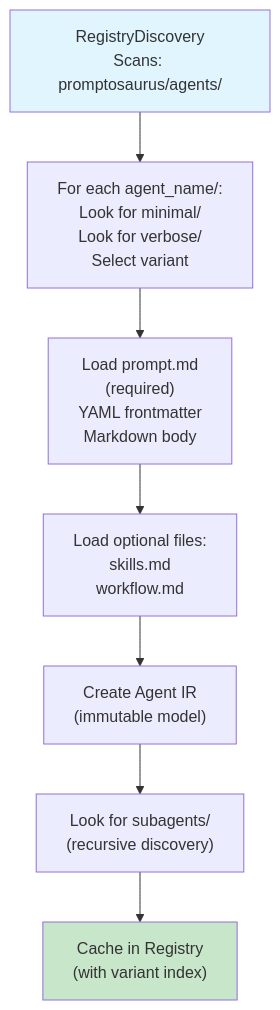
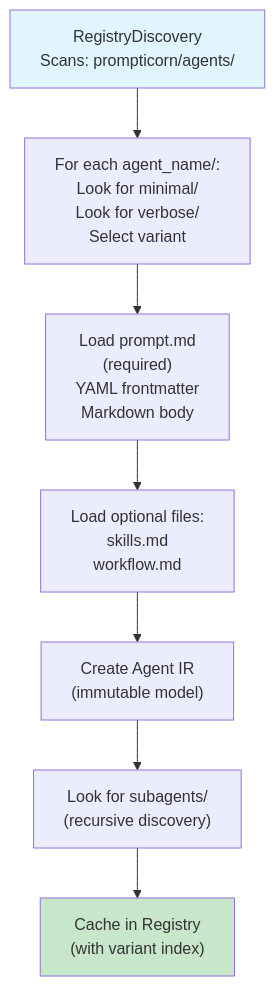
One commit to snoodleboot-io/prompticorn changed the ninth of 11 diagrams in docs/DIAGRAMS_GUIDE.md. Above: the diagram before and after it, drawn with Mermaid. The commit also changed other lines of this file and 1334 other files, not shown here.

First line of the commit message:
feat: lowercase prompticorn brand name and add accessible colours (#54)

````diff
--- a/docs/DIAGRAMS_GUIDE.md
+++ b/docs/DIAGRAMS_GUIDE.md
@@ -182,12 +182,12 @@
 ```mermaid
 flowchart TD
-    A["RegistryDiscovery<br/>Scans: promptosaurus/agents/"] --> B["For each agent_name/:<br/>Look for minimal/<br/>Look for verbose/<br/>Select variant"]
+    A["RegistryDiscovery<br/>Scans: prompticorn/agents/"] --> B["For each agent_name/:<br/>Look for minimal/<br/>Look for verbose/<br/>Select variant"]
     B --> C["Load prompt.md<br/>(required)<br/>YAML frontmatter<br/>Markdown body"]
     C --> D["Load optional files:<br/>skills.md<br/>workflow.md"]
     D --> E["Create Agent IR<br/>(immutable model)"]
     E --> F["Look for subagents/<br/>(recursive discovery)"]
     F --> G["Cache in Registry<br/>(with variant index)"]
     
     style A fill:#e1f5ff
     style G fill:#c8e6c9
 ```
````
